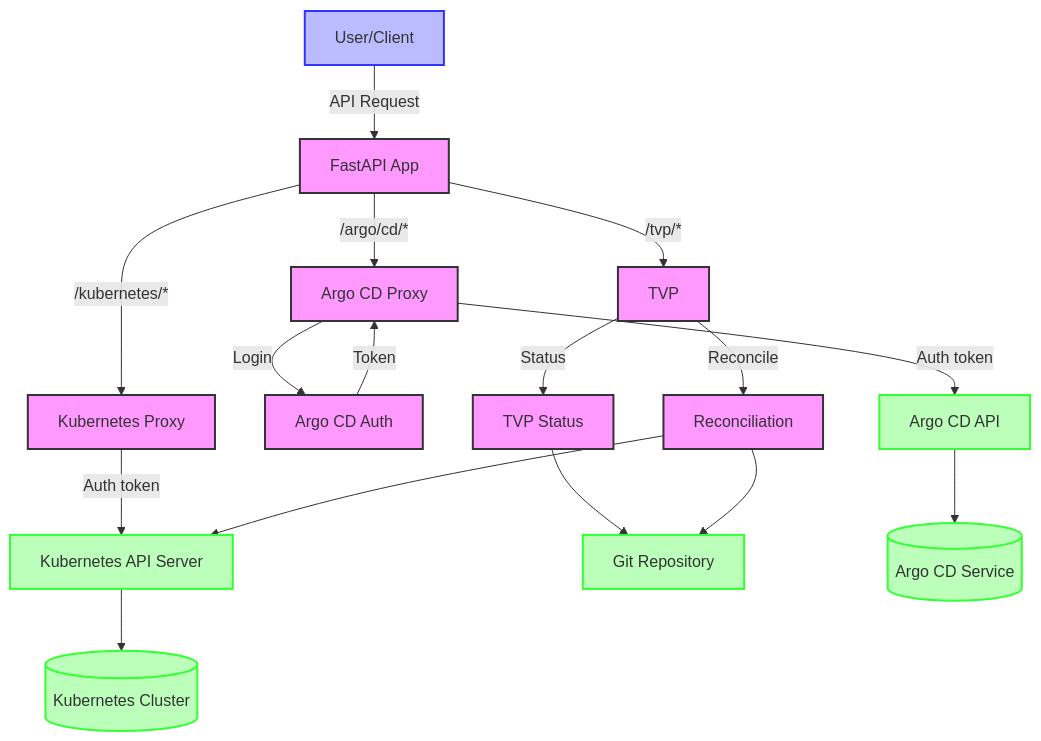
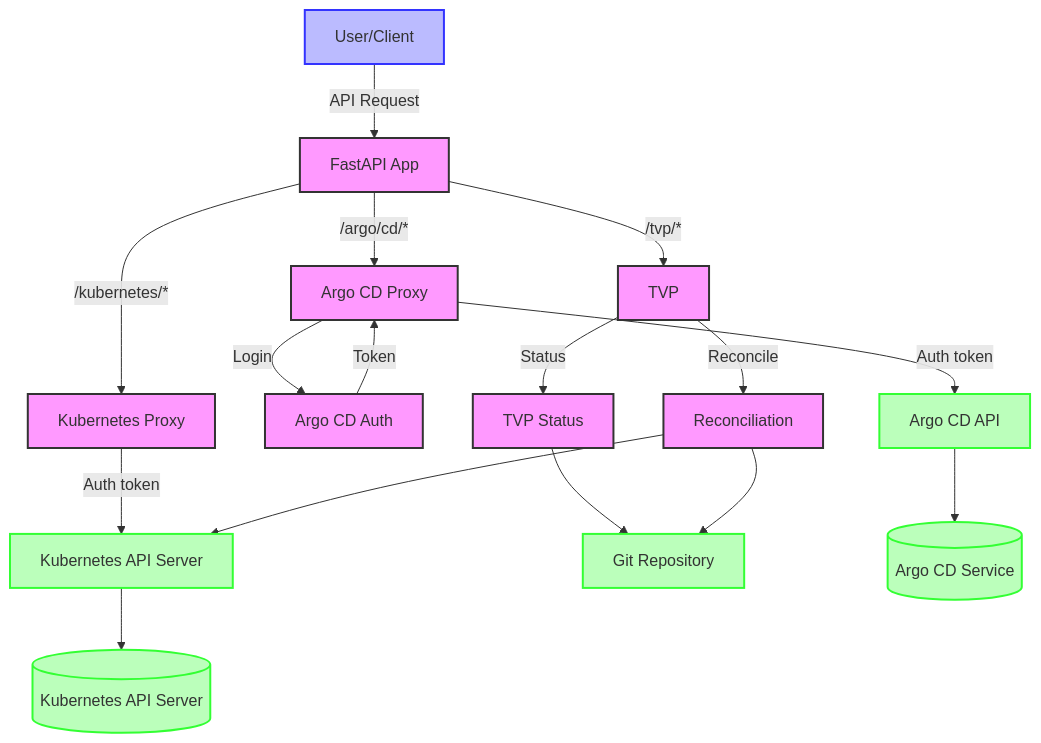
The diagram in fastapi/mermaid/data-flow-diagram.mermaid (lloydchang/tvp-k8s), drawn with Mermaid before and after one commit. The commit also changed 4 other files, not shown here.

```diff
--- a/fastapi/mermaid/data-flow-diagram.mermaid
+++ b/fastapi/mermaid/data-flow-diagram.mermaid
@@ -1,29 +1,29 @@
 flowchart TD
     User[User/Client] -->|API Request| API[FastAPI App]
     
     API -->|/kubernetes/*| KP[Kubernetes Proxy]
     API -->|/argo/cd/*| AP[Argo CD Proxy]
     API -->|/tvp/*| TVP[TVP]
     
     KP -->|Auth token| KA[Kubernetes API Server]
     AP -->|Login| Auth[Argo CD Auth]
     Auth -->|Token| AP
     AP -->|Auth token| AA[Argo CD API]
     
     TVP -->|Status| TS[TVP Status]
     TVP -->|Reconcile| R[Reconciliation]
     
     TS --> Git[Git Repository]
     R --> Git
     R --> KA
     
-    KA --> Kubernetes[(Kubernetes Cluster)]
+    KA --> Kubernetes[(Kubernetes API Server)]
     AA --> ArgoCD[(Argo CD Service)]
     
     classDef user fill:#bbf,stroke:#33f,stroke-width:2px
     classDef app fill:#f9f,stroke:#333,stroke-width:2px
     classDef external fill:#bfb,stroke:#3f3,stroke-width:2px
     
     class User user
     class API,KP,AP,TVP,TS,R,Auth app
     class Kubernetes,ArgoCD,Git,KA,AA external
```
